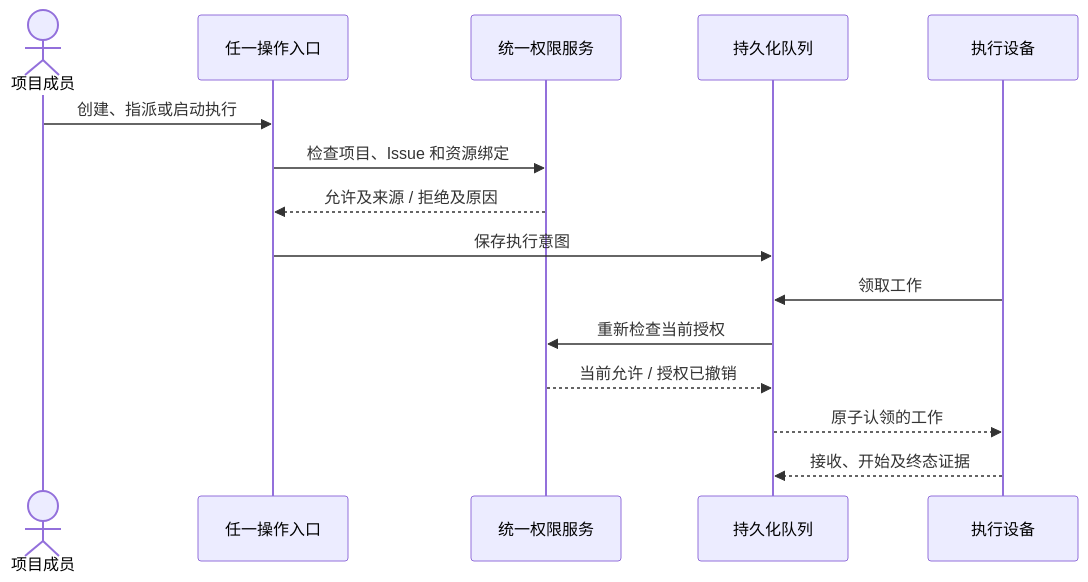
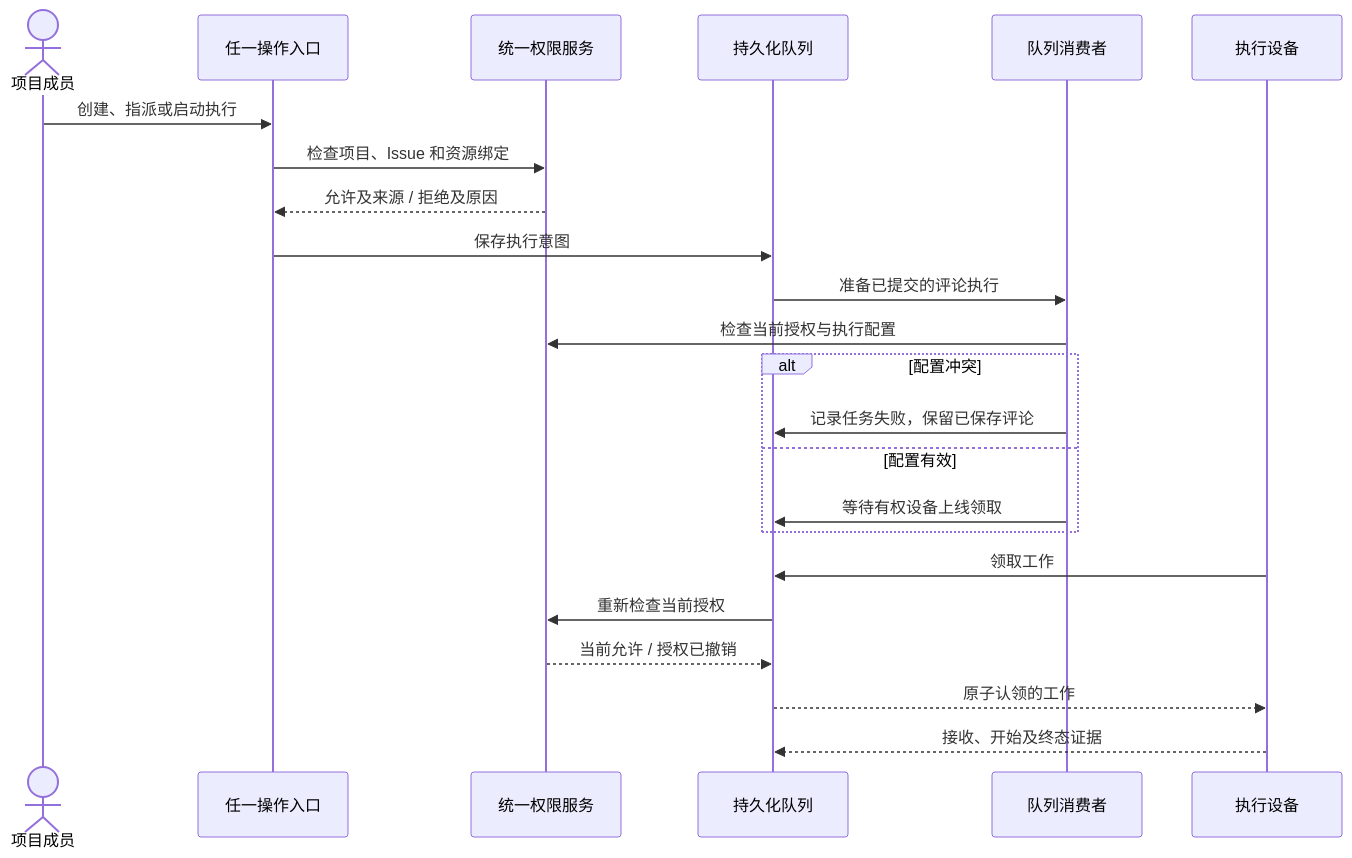
One commit to wecode-ai/Wegent changed the second of 2 diagrams in docs/zh/wegent/developer-guide/collaboration-permissions.md. Above: the diagram before and after it, drawn with Mermaid. The commit also changed other lines of this file and 26 other files, not shown here.

````diff
--- a/docs/zh/wegent/developer-guide/collaboration-permissions.md
+++ b/docs/zh/wegent/developer-guide/collaboration-permissions.md
@@ -67,17 +67,25 @@
 ```mermaid
 sequenceDiagram
     actor Member as 项目成员
     participant API as 任一操作入口
     participant Policy as 统一权限服务
     participant Queue as 持久化队列
+    participant Prepare as 队列消费者
     participant Runtime as 执行设备
     Member->>API: 创建、指派或启动执行
     API->>Policy: 检查项目、Issue 和资源绑定
     Policy-->>API: 允许及来源 / 拒绝及原因
     API->>Queue: 保存执行意图
+    Queue->>Prepare: 准备已提交的评论执行
+    Prepare->>Policy: 检查当前授权与执行配置
+    alt 配置冲突
+        Prepare->>Queue: 记录任务失败，保留已保存评论
+    else 配置有效
+        Prepare->>Queue: 等待有权设备上线领取
+    end
     Runtime->>Queue: 领取工作
     Queue->>Policy: 重新检查当前授权
     Policy-->>Queue: 当前允许 / 授权已撤销
     Queue-->>Runtime: 原子认领的工作
     Runtime-->>Queue: 接收、开始及终态证据
 ```
````
